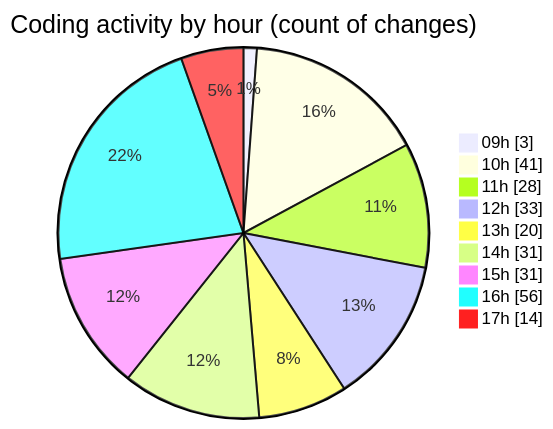
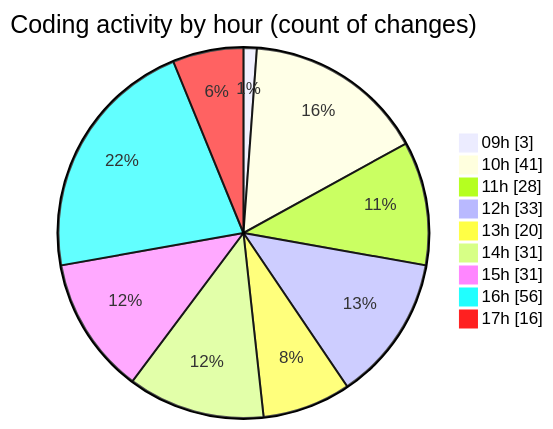
Before and after one commit to CELIANVF/code-tracking: the second of 2 diagrams in 2025-05-19/ecodeli-1/README.md, drawn with Mermaid. The commit also changed other lines of this file and 1 other file, not shown here.

````diff
--- a/2025-05-19/ecodeli-1/README.md
+++ b/2025-05-19/ecodeli-1/README.md
@@ -101,13 +101,13 @@
 ```mermaid
 pie showData
 title Coding activity by hour (count of changes)
 "09h" : 3
 "10h" : 41
 "11h" : 28
 "12h" : 33
 "13h" : 20
 "14h" : 31
 "15h" : 31
 "16h" : 56
-"17h" : 14
+"17h" : 16
 ```
````
